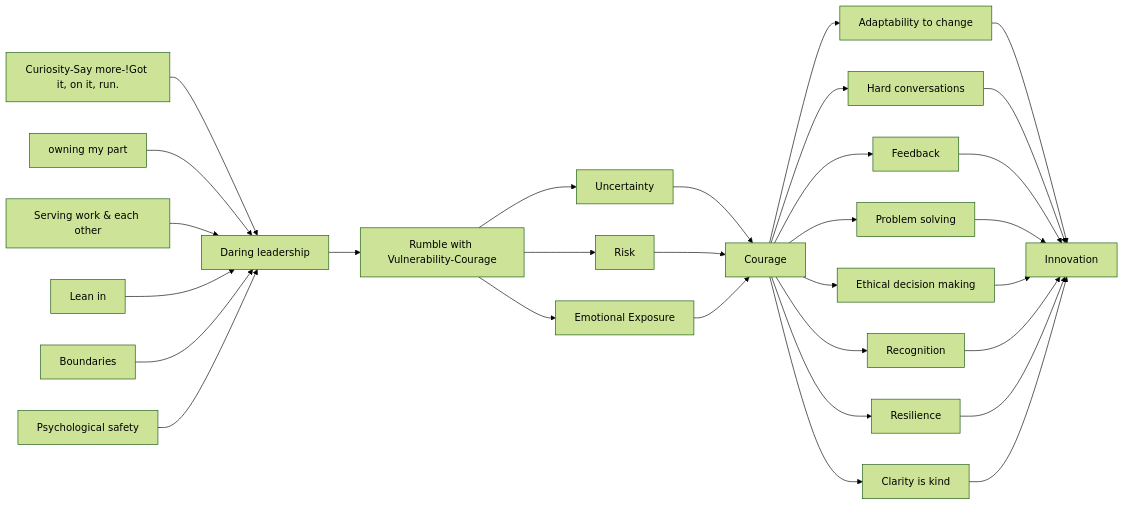
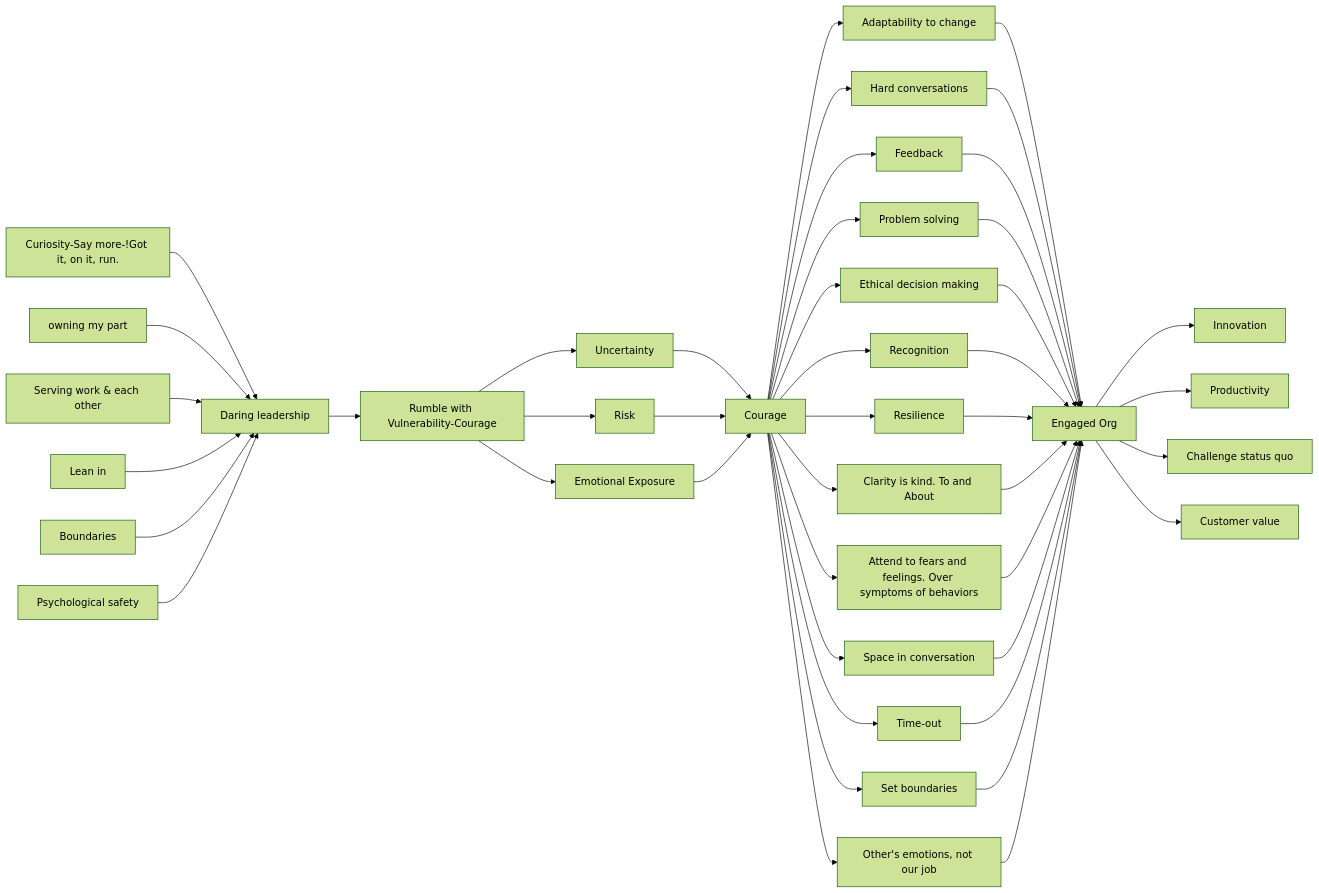
Before and after one commit to samratkar/samratkar.github.io: the diagram in _posts/books/psych/daring-2-lead/2024-12-15-vulnerability.md, drawn with Mermaid (forest theme). The commit also changed other lines of this file and 11 other files, not shown here.

````diff
--- a/_posts/books/psych/daring-2-lead/2024-12-15-vulnerability.md
+++ b/_posts/books/psych/daring-2-lead/2024-12-15-vulnerability.md
@@ -14,33 +14,47 @@
 ```mermaid
     graph LR
     O1[Curiosity-Say more-!Got it, on it, run.]-->M[Daring leadership]
     O2[owning my part]-->M
     O3[Serving work & each other]-->M
     O4[Lean in]-->M
     O5[Boundaries]-->M
     O6[Psychological safety]-->M
 
     M --> A[Rumble with Vulnerability-Courage]
     A[Rumble with Vulnerability-Courage] --> B[Uncertainty]
     A --> C[Risk]
     A --> D[Emotional Exposure]
     B --> E[Courage]
-    E --> N[Clarity is kind]
+    E --> N[Clarity is kind. To and About]
+    E --> S[Attend to fears and feelings. Over symptoms of behaviors]
     C --> E
     D --> E
     E --> F[Adaptability to change]
     E --> G[Hard conversations]
     E --> H[Feedback]
     E --> I[Problem solving]
     E --> J[Ethical decision making]
     E --> K[Recognition]
     E --> L[Resilience]
-    F --> Z[Innovation]
+    E --> T[Space in conversation]
+    E --> U[Time-out]
+    E --> V[Set boundaries]
+    E --> W[Other's emotions, not our job]
+    F --> Z[Engaged Org]
     G --> Z
     H --> Z
     I --> Z
     J --> Z
     K --> Z
     L --> Z
     N --> Z
+    S --> Z
+    T --> Z
+    U --> Z
+    V --> Z
+    W --> Z
+    Z --> O[Innovation]
+    Z --> P[Productivity]
+    Z --> Q[Challenge status quo]
+    Z --> R[Customer value]
 ```
````
